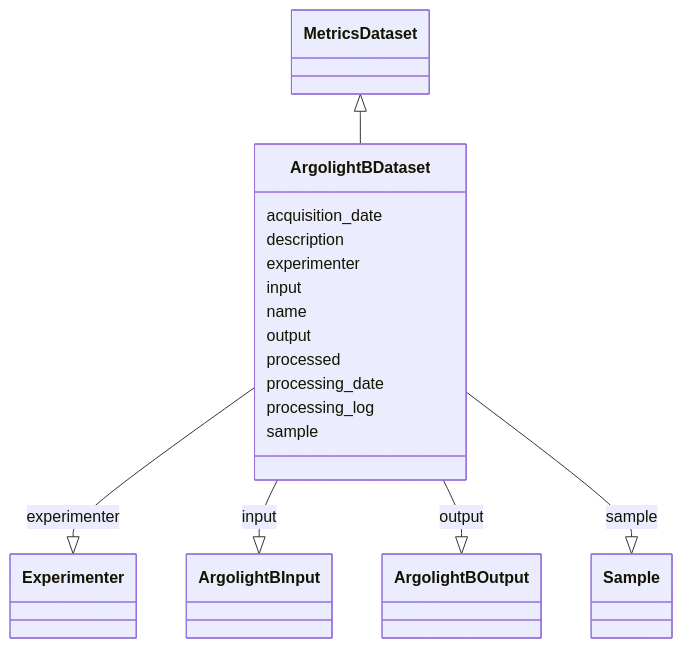
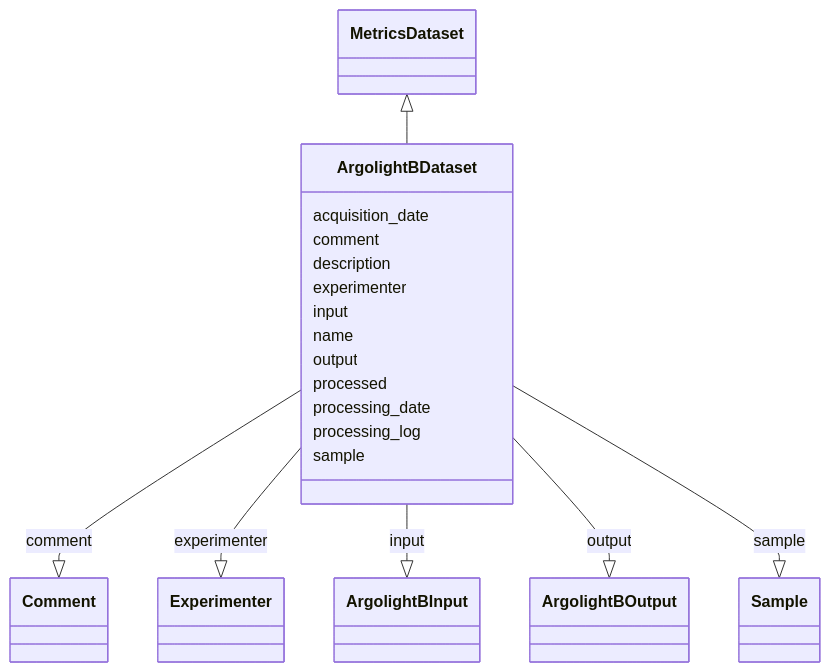
Before and after one commit to juliomateoslangerak/microscope-metrics: the diagram in docs/schema/samples/ArgolightBDataset.md, drawn with Mermaid. The commit also changed other lines of this file and 193 other files, not shown here.

Commit message:
Minor updates to the schema - ROI is lowercase - More descriptions

````diff
--- a/docs/schema/samples/ArgolightBDataset.md
+++ b/docs/schema/samples/ArgolightBDataset.md
@@ -15,35 +15,39 @@
 ```mermaid
  classDiagram
     class ArgolightBDataset
       MetricsDataset <|-- ArgolightBDataset
       
       ArgolightBDataset : acquisition_date
+        
+      ArgolightBDataset : comment
+        
+          ArgolightBDataset --|> Comment : comment
         
       ArgolightBDataset : description
         
       ArgolightBDataset : experimenter
         
           ArgolightBDataset --|> Experimenter : experimenter
         
       ArgolightBDataset : input
         
           ArgolightBDataset --|> ArgolightBInput : input
         
       ArgolightBDataset : name
         
       ArgolightBDataset : output
         
           ArgolightBDataset --|> ArgolightBOutput : output
         
       ArgolightBDataset : processed
         
       ArgolightBDataset : processing_date
         
       ArgolightBDataset : processing_log
         
       ArgolightBDataset : sample
         
           ArgolightBDataset --|> Sample : sample
         
       
 ```
````
